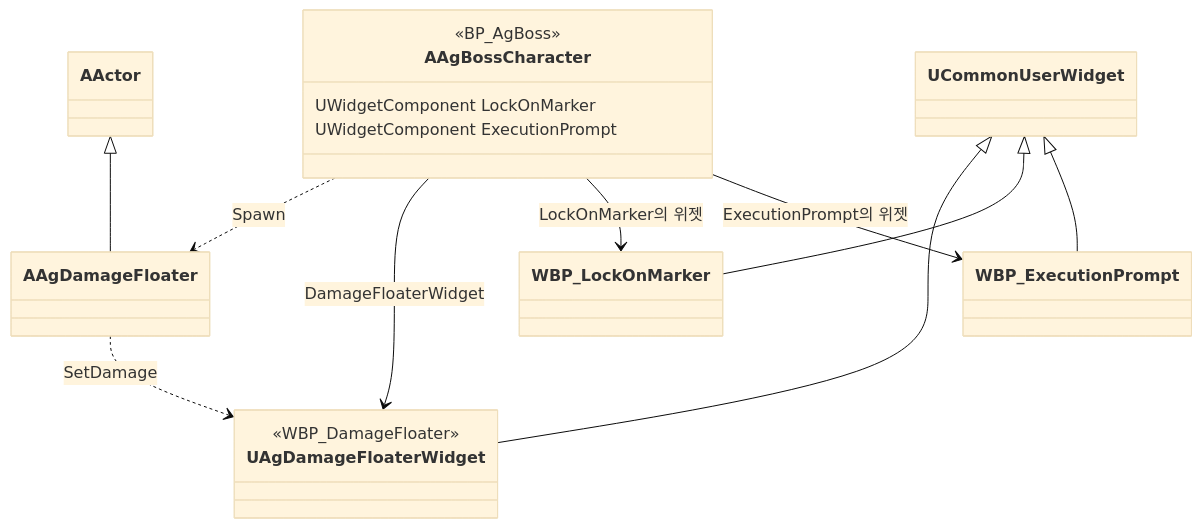
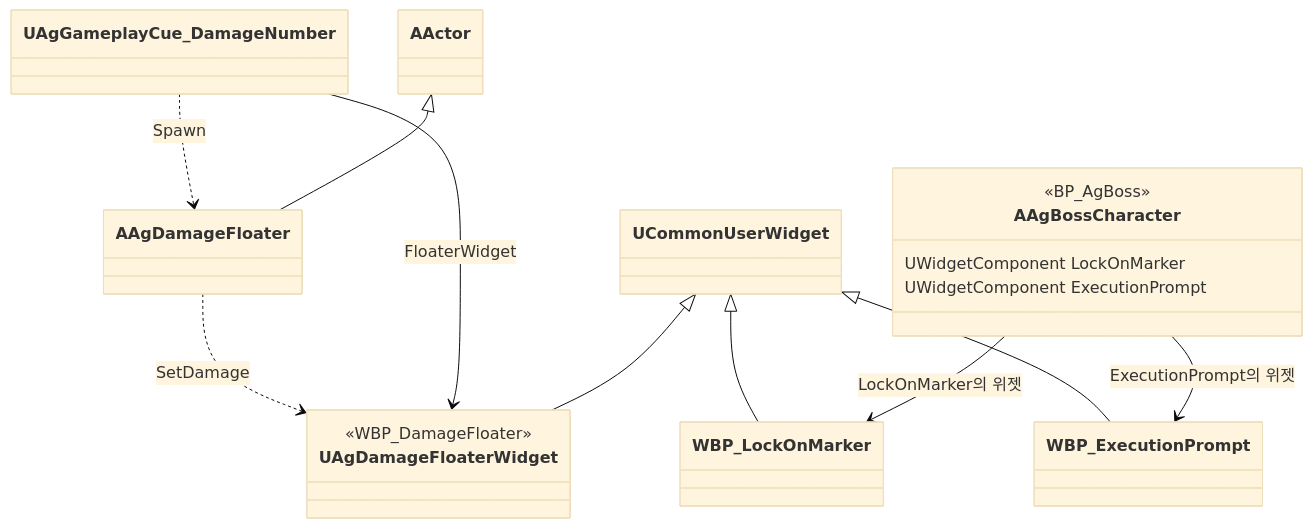
Diagram 17 of 21 in Docs/Program/클래스 구조도.md (Woogl/Ag), drawn with Mermaid (base theme) before and after one commit. The commit also changed other lines of this file and 122 other files, not shown here.

````diff
--- a/Docs/Program/클래스 구조도.md
+++ b/Docs/Program/클래스 구조도.md
@@ -577,21 +664,21 @@
 ```mermaid
 classDiagram
     direction TB
     class AAgBossCharacter {
         <<BP_AgBoss>>
         UWidgetComponent LockOnMarker
         UWidgetComponent ExecutionPrompt
     }
     class UAgDamageFloaterWidget {
         <<WBP_DamageFloater>>
     }
-    AAgBossCharacter ..> AAgDamageFloater : Spawn
+    UAgGameplayCue_DamageNumber ..> AAgDamageFloater : Spawn
     AActor <|-- AAgDamageFloater
     AAgDamageFloater ..> UAgDamageFloaterWidget : SetDamage
-    AAgBossCharacter --> UAgDamageFloaterWidget : DamageFloaterWidget
+    UAgGameplayCue_DamageNumber --> UAgDamageFloaterWidget : FloaterWidget
     UCommonUserWidget <|-- UAgDamageFloaterWidget
     UCommonUserWidget <|-- WBP_LockOnMarker
     UCommonUserWidget <|-- WBP_ExecutionPrompt
     AAgBossCharacter --> WBP_LockOnMarker : LockOnMarker의 위젯
     AAgBossCharacter --> WBP_ExecutionPrompt : ExecutionPrompt의 위젯
 ```
````
